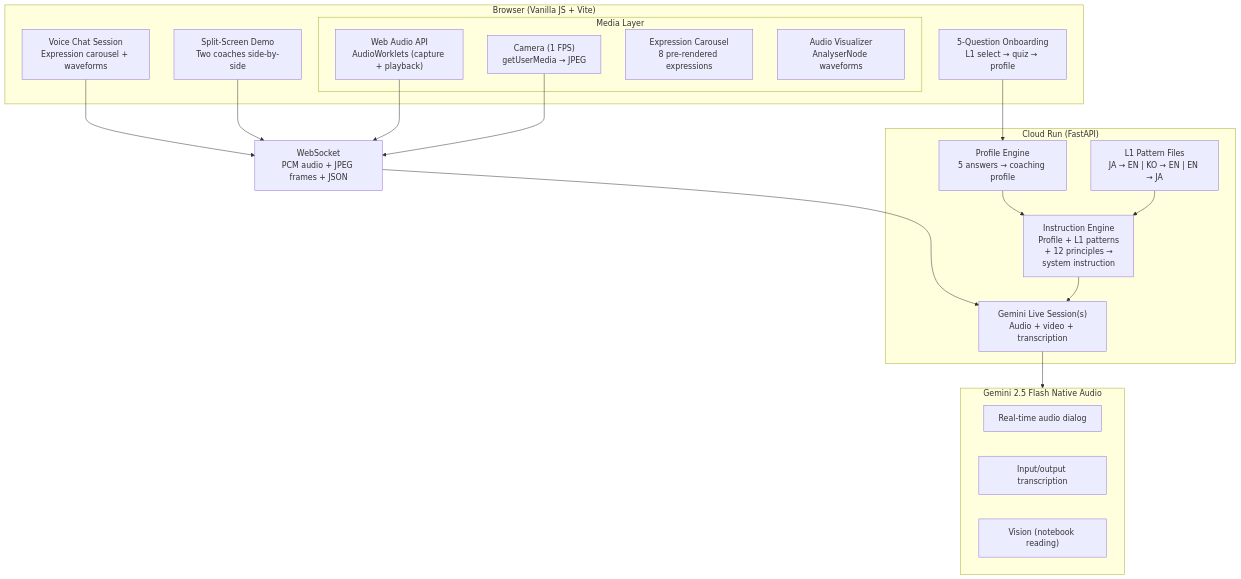
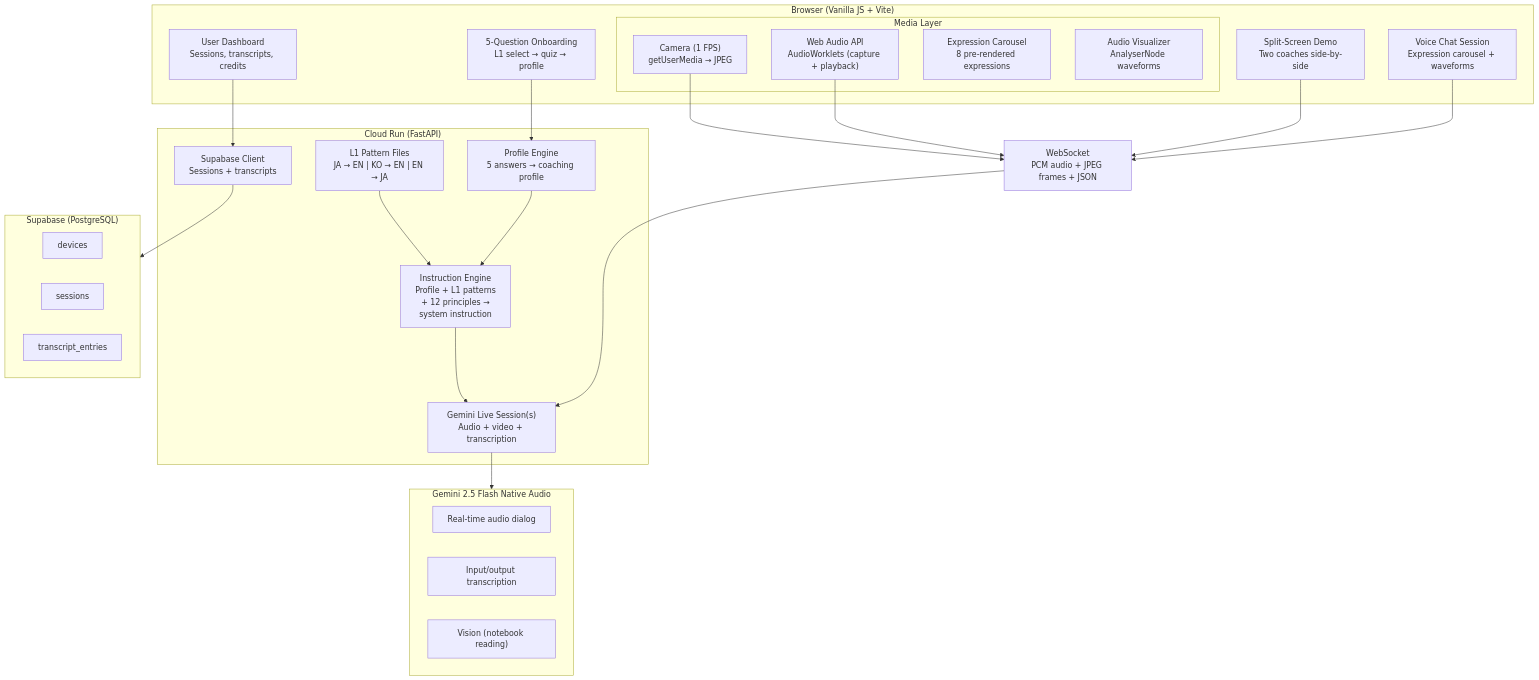
One commit to ORBWEVA/lola changed the diagram in README.md. Above: the diagram before and after it, drawn with Mermaid. The commit also changed other lines of this file and 2 other files, not shown here.

First line of the commit message:
docs: update README for Devpost submission — Supabase, live URL, architecture PNG

````diff
--- a/README.md
+++ b/README.md
@@ -28,41 +28,51 @@
 ```mermaid
 graph TB
     subgraph Browser["Browser (Vanilla JS + Vite)"]
         OB["5-Question Onboarding<br/>L1 select → quiz → profile"]
         VC["Voice Chat Session<br/>Expression carousel + waveforms"]
         SS["Split-Screen Demo<br/>Two coaches side-by-side"]
+        DB["User Dashboard<br/>Sessions, transcripts, credits"]
 
         subgraph Media["Media Layer"]
             WA["Web Audio API<br/>AudioWorklets (capture + playback)"]
             CAM["Camera (1 FPS)<br/>getUserMedia → JPEG"]
             EC["Expression Carousel<br/>8 pre-rendered expressions"]
             AV["Audio Visualizer<br/>AnalyserNode waveforms"]
         end
     end
 
     WS["WebSocket<br/>PCM audio + JPEG frames + JSON"]
 
     subgraph CloudRun["Cloud Run (FastAPI)"]
         PE["Profile Engine<br/>5 answers → coaching profile"]
         IE["Instruction Engine<br/>Profile + L1 patterns<br/>+ 12 principles →<br/>system instruction"]
         GL["Gemini Live Session(s)<br/>Audio + video + transcription"]
         L1["L1 Pattern Files<br/>JA → EN | KO → EN | EN → JA"]
+        SBC["Supabase Client<br/>Sessions + transcripts"]
     end
 
     subgraph Gemini["Gemini 2.5 Flash Native Audio"]
         GA["Real-time audio dialog"]
         GT["Input/output transcription"]
         GV["Vision (notebook reading)"]
+    end
+
+    subgraph Supabase["Supabase (PostgreSQL)"]
+        DEV["devices"]
+        SES["sessions"]
+        TE["transcript_entries"]
     end
 
     OB --> PE
     VC --> WS
     SS --> WS
     WA --> WS
     CAM --> WS
     WS --> GL
     PE --> IE
     IE --> GL
     L1 --> IE
     GL --> Gemini
+    SBC --> Supabase
+    DB --> SBC
 ```
````
